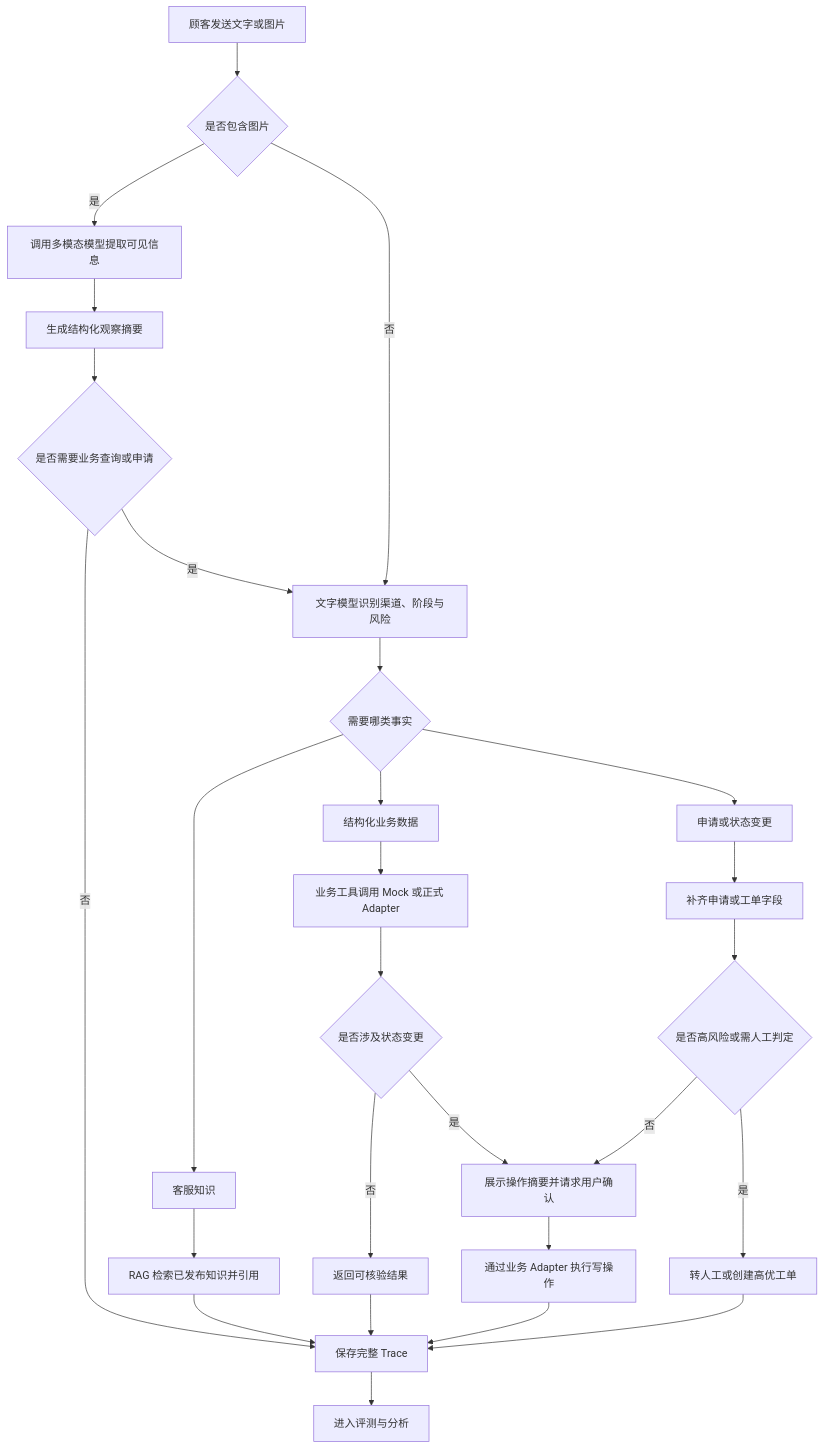
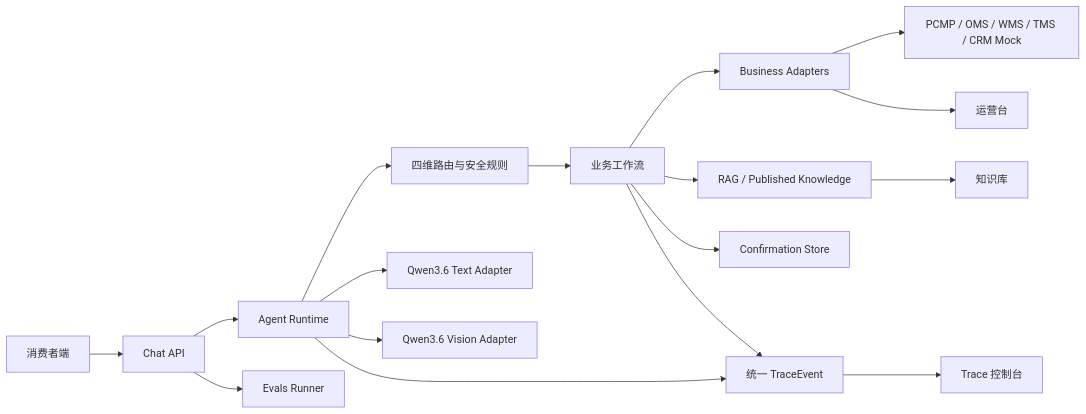
One commit to calmefroid/customer-service-agent-lab changed the diagram in README.md. Above: the diagram before and after it, drawn with Mermaid. The commit also changed other lines of this file and 21 other files, not shown here.

````diff
--- a/README.md
+++ b/README.md
@@ -113,29 +61,19 @@
 ```mermaid
-flowchart TD
-    A[顾客发送文字或图片] --> B{是否包含图片}
-    B -- 是 --> B1[调用多模态模型提取可见信息]
-    B1 --> B2[生成结构化观察摘要]
-    B2 --> B3{是否需要业务查询或申请}
-    B3 -- 否 --> P
-    B -- 否 --> C[文字模型识别渠道、阶段与风险]
-    B3 -- 是 --> C
-    C --> D0{需要哪类事实}
-    D0 --> D[客服知识]
-    D0 --> E[结构化业务数据]
-    D0 --> F[申请或状态变更]
-    D --> G[RAG 检索已发布知识并引用]
-    E --> H[业务工具调用 Mock 或正式 Adapter]
-    F --> I[补齐申请或工单字段]
-    H --> J{是否涉及状态变更}
-    J -- 否 --> K[返回可核验结果]
-    J -- 是 --> L[展示操作摘要并请求用户确认]
-    I --> M{是否高风险或需人工判定}
-    M -- 否 --> L
-    M -- 是 --> N[转人工或创建高优工单]
-    L --> O[通过业务 Adapter 执行写操作]
-    G --> P[保存完整 Trace]
-    K --> P
-    N --> P
-    O --> P
-    P --> Q[进入评测与分析]
+flowchart LR
+  C[消费者端] --> API[Chat API]
+  API --> RT[Agent Runtime]
+  RT --> MR[四维路由与安全规则]
+  RT --> TM[Qwen3.6 Text Adapter]
+  RT --> VM[Qwen3.6 Vision Adapter]
+  MR --> WF[业务工作流]
+  WF --> BA[Business Adapters]
+  WF --> RAG[RAG / Published Knowledge]
+  WF --> CF[Confirmation Store]
+  BA --> SYS[PCMP / OMS / WMS / TMS / CRM Mock]
+  RT --> TE[统一 TraceEvent]
+  WF --> TE
+  TE --> TRACE[Trace 控制台]
+  BA --> OPS[运营台]
+  RAG --> KB[知识库]
+  API --> EV[Evals Runner]
 ```
````
